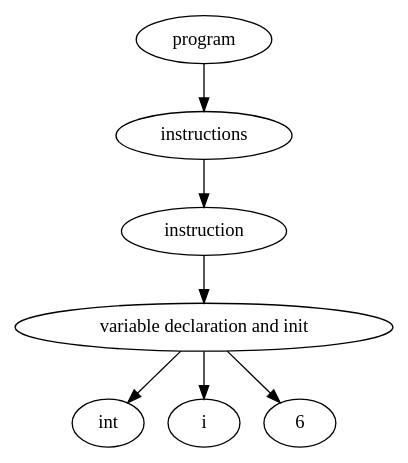
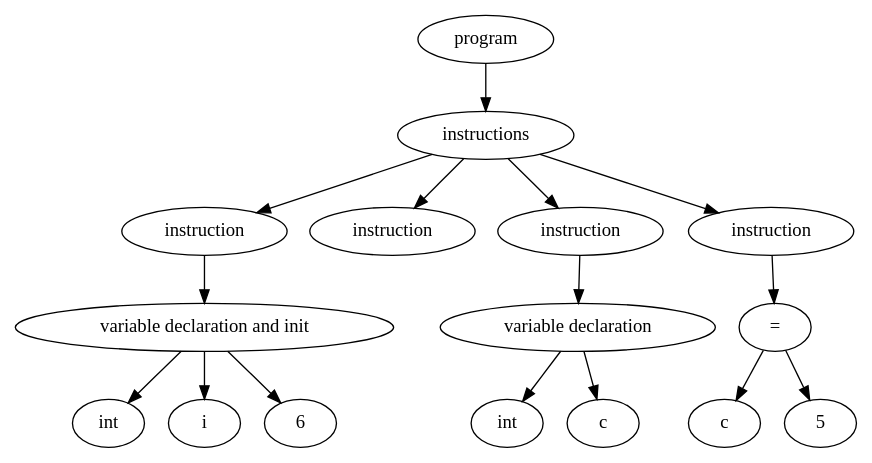
Before and after one commit to RobMandelings/CompilersProject: the diagram in output/ast.gv, drawn with Graphviz. The commit also changed 8 other files, not shown here.

```diff
--- a/output/ast.gv
+++ b/output/ast.gv
@@ -1,15 +1,33 @@
 digraph "Abstract Syntax Tree" {
-	139684880778408 [label=int]
-	139684880779192 -> 139684880778408
-	139684880779024 [label=i]
-	139684880779192 -> 139684880779024
-	139684880778520 [label=6]
-	139684880779192 -> 139684880778520
-	139684880779192 [label="variable declaration and init"]
-	139684880778016 -> 139684880779192
-	139684880778016 [label=instruction]
-	139684880778800 -> 139684880778016
-	139684880778800 [label=instructions]
-	139684880778968 -> 139684880778800
-	139684880778968 [label=program]
+	140255449624648 [label=int]
+	140255449427528 -> 140255449624648
+	140255449426912 [label=i]
+	140255449427528 -> 140255449426912
+	140255449624704 [label=6]
+	140255449427528 -> 140255449624704
+	140255449427528 [label="variable declaration and init"]
+	140255449427080 -> 140255449427528
+	140255449427080 [label=instruction]
+	140255449427864 -> 140255449427080
+	140255449624760 [label=instruction]
+	140255449427864 -> 140255449624760
+	140255449625376 [label=int]
+	140255449625040 -> 140255449625376
+	140255449625208 [label=c]
+	140255449625040 -> 140255449625208
+	140255449625040 [label="variable declaration"]
+	140255449624928 -> 140255449625040
+	140255449624928 [label=instruction]
+	140255449427864 -> 140255449624928
+	140255449625768 [label=c]
+	140255449625600 -> 140255449625768
+	140255449625880 [label=5]
+	140255449625600 -> 140255449625880
+	140255449625600 [label="="]
+	140255449625432 -> 140255449625600
+	140255449625432 [label=instruction]
+	140255449427864 -> 140255449625432
+	140255449427864 [label=instructions]
+	140255449427640 -> 140255449427864
+	140255449427640 [label=program]
 }
```
